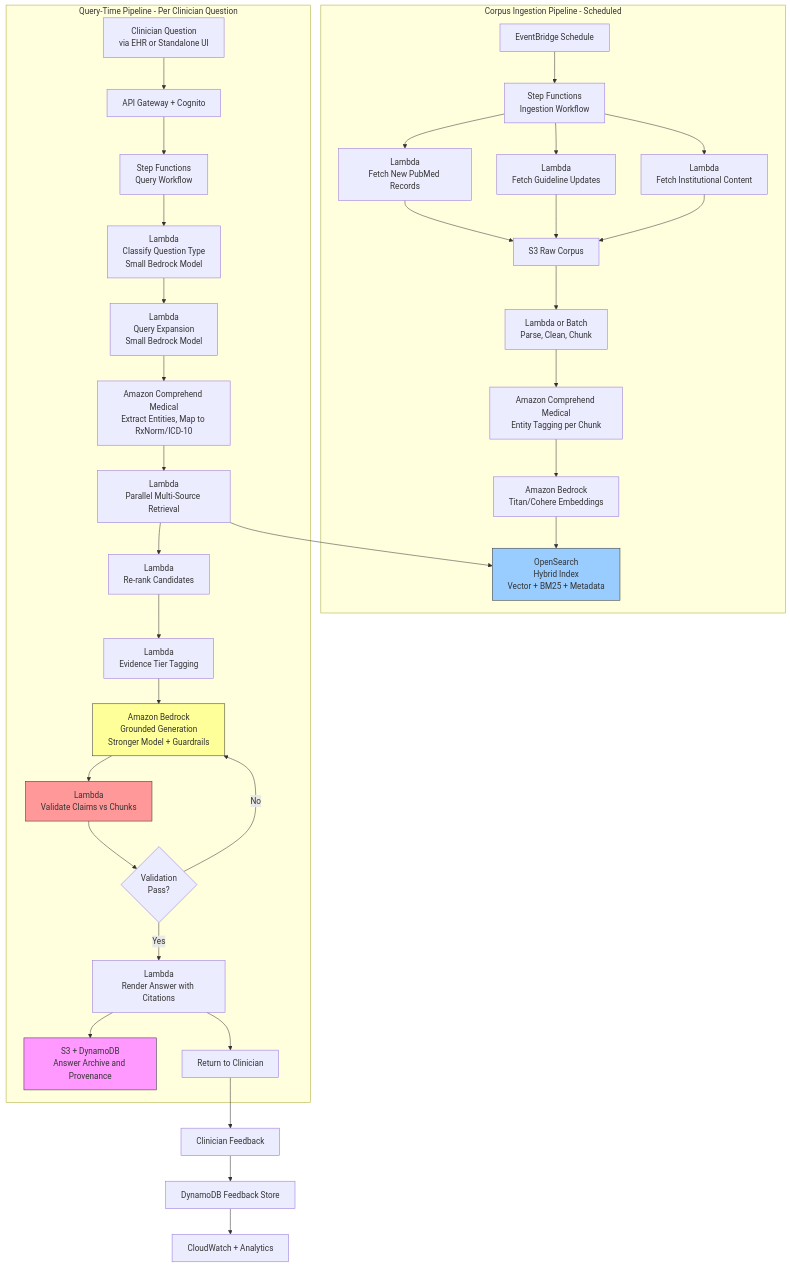
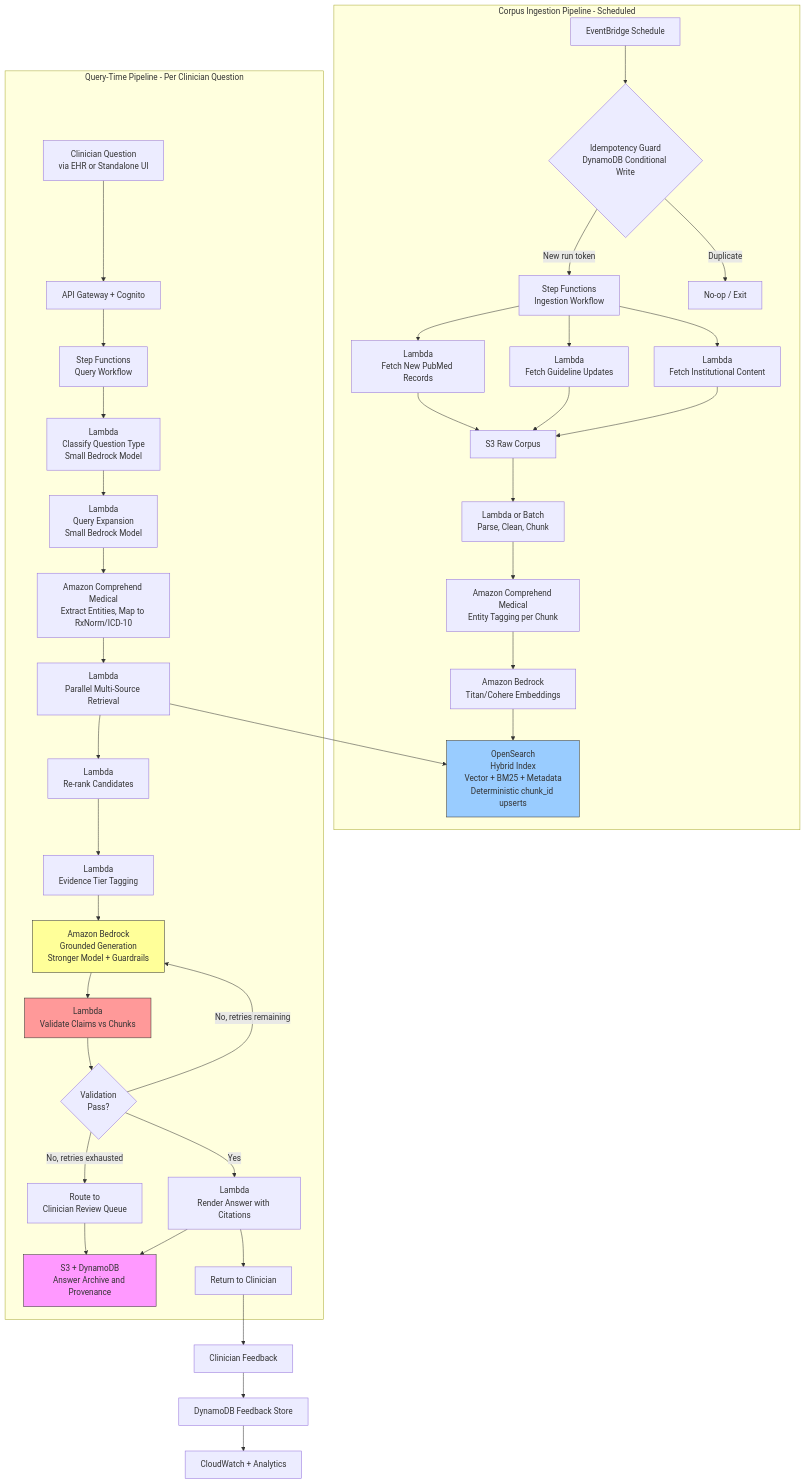
One commit to ccrngd1/HCLS-ai-book changed the diagram in chapter02.07-literature-search-evidence-synthesis.md. Above: the diagram before and after it, drawn with Mermaid. The commit also changed other lines of this file and 4 other files, not shown here.

````diff
--- a/chapter02.07-literature-search-evidence-synthesis.md
+++ b/chapter02.07-literature-search-evidence-synthesis.md
@@ -248,44 +254,48 @@
 ```mermaid
 flowchart TB
     subgraph Ingestion[Corpus Ingestion Pipeline - Scheduled]
-        A1[EventBridge Schedule] --> A2[Step Functions<br/>Ingestion Workflow]
+        A1[EventBridge Schedule] --> A0{Idempotency Guard<br/>DynamoDB Conditional Write}
+        A0 -->|New run token| A2[Step Functions<br/>Ingestion Workflow]
+        A0 -->|Duplicate| A99[No-op / Exit]
         A2 --> A3[Lambda<br/>Fetch New PubMed Records]
         A2 --> A4[Lambda<br/>Fetch Guideline Updates]
         A2 --> A5[Lambda<br/>Fetch Institutional Content]
         A3 --> A6[S3 Raw Corpus]
         A4 --> A6
         A5 --> A6
         A6 --> A7[Lambda or Batch<br/>Parse, Clean, Chunk]
         A7 --> A8[Amazon Comprehend Medical<br/>Entity Tagging per Chunk]
         A8 --> A9[Amazon Bedrock<br/>Titan/Cohere Embeddings]
-        A9 --> A10[OpenSearch<br/>Hybrid Index<br/>Vector + BM25 + Metadata]
+        A9 --> A10[OpenSearch<br/>Hybrid Index<br/>Vector + BM25 + Metadata<br/>Deterministic chunk_id upserts]
     end
 
     subgraph Query[Query-Time Pipeline - Per Clinician Question]
         B1[Clinician Question<br/>via EHR or Standalone UI] --> B2[API Gateway + Cognito]
         B2 --> B3[Step Functions<br/>Query Workflow]
         B3 --> B4[Lambda<br/>Classify Question Type<br/>Small Bedrock Model]
         B4 --> B5[Lambda<br/>Query Expansion<br/>Small Bedrock Model]
         B5 --> B6[Amazon Comprehend Medical<br/>Extract Entities, Map to RxNorm/ICD-10]
         B6 --> B7[Lambda<br/>Parallel Multi-Source Retrieval]
         B7 --> A10
         B7 --> B8[Lambda<br/>Re-rank Candidates]
         B8 --> B9[Lambda<br/>Evidence Tier Tagging]
         B9 --> B10[Amazon Bedrock<br/>Grounded Generation<br/>Stronger Model + Guardrails]
         B10 --> B11[Lambda<br/>Validate Claims vs Chunks]
         B11 --> B12{Validation<br/>Pass?}
-        B12 -->|No| B10
+        B12 -->|No, retries remaining| B10
+        B12 -->|No, retries exhausted| B19[Route to<br/>Clinician Review Queue]
         B12 -->|Yes| B13[Lambda<br/>Render Answer with Citations]
+        B19 --> B14
         B13 --> B14[S3 + DynamoDB<br/>Answer Archive and Provenance]
         B13 --> B15[Return to Clinician]
     end
 
     B15 --> B16[Clinician Feedback]
     B16 --> B17[DynamoDB Feedback Store]
     B17 --> B18[CloudWatch + Analytics]
 
     style B10 fill:#ff9,stroke:#333
     style B11 fill:#f99,stroke:#333
     style A10 fill:#9cf,stroke:#333
     style B14 fill:#f9f,stroke:#333
 ```
````
